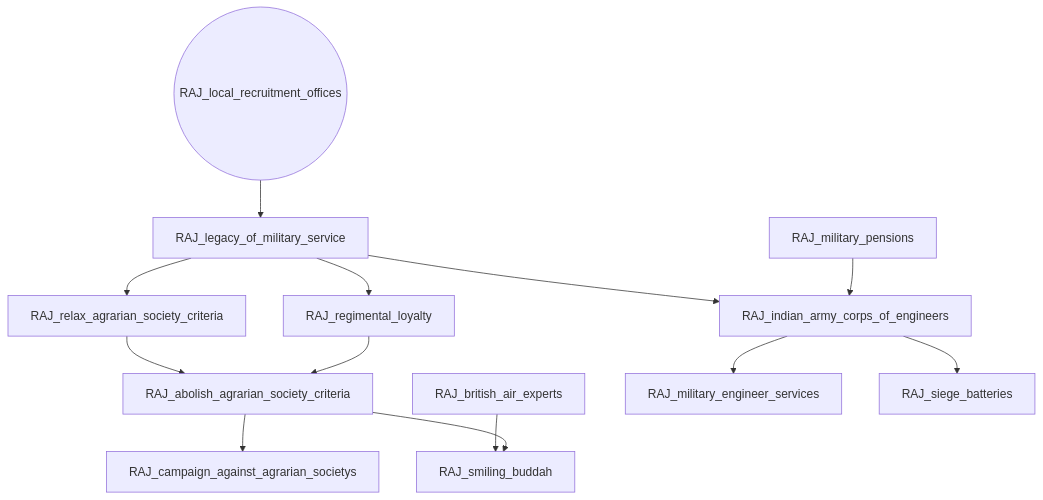
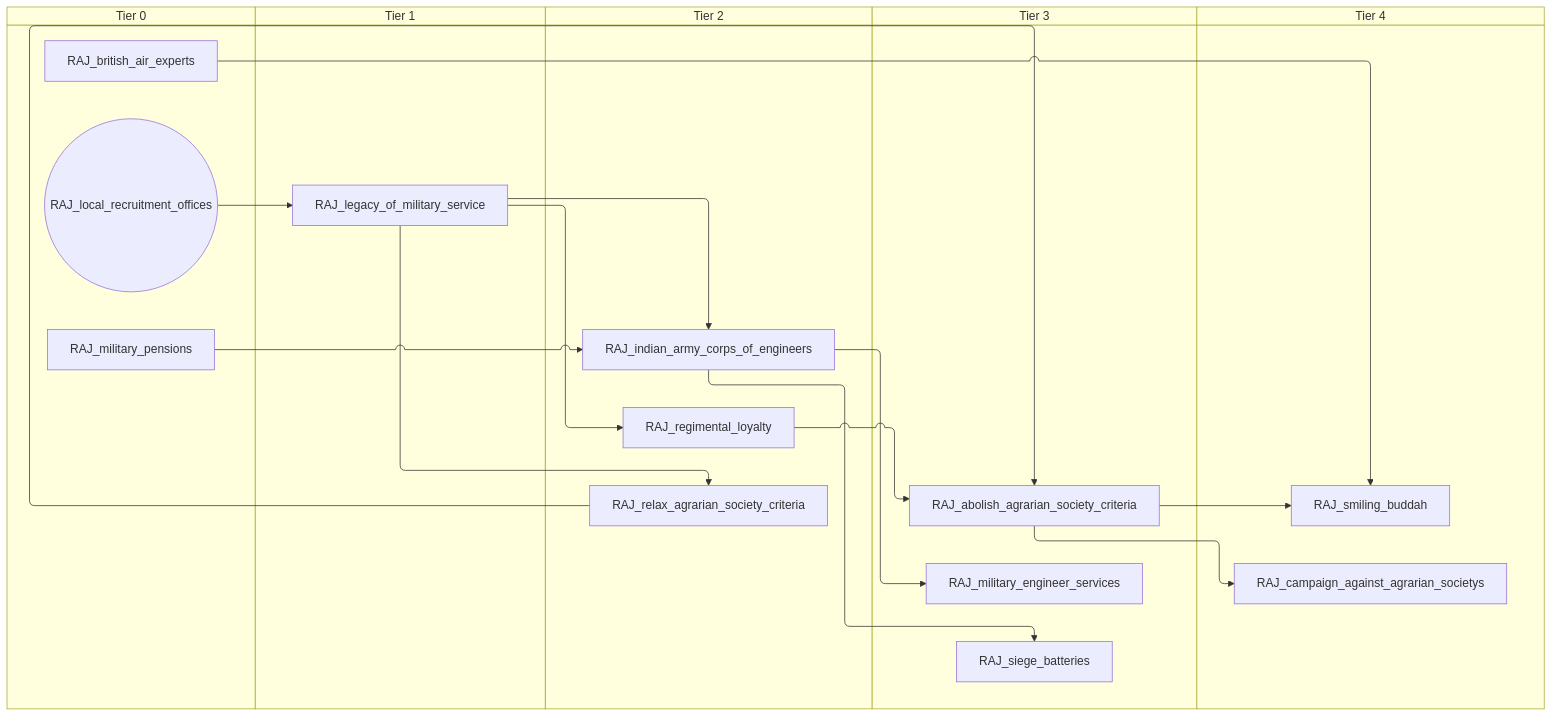
Before and after one commit to evgeny-sobol/hoi4-sandbox-mode: the ninth of 13 diagrams in docs/gdd/National Focuses/india_goe.md, drawn with Mermaid. The commit also changed other lines of this file and 80 other files, not shown here.

First line of the commit message:
Add swimlane mode to focus graph exporter

````diff
--- a/docs/gdd/National Focuses/india_goe.md
+++ b/docs/gdd/National Focuses/india_goe.md
@@ -520,27 +620,37 @@
 ```mermaid
-flowchart TD
-    n174["RAJ_abolish_agrarian_society_criteria"]
-    n175["RAJ_british_air_experts"]
-    n201["RAJ_campaign_against_agrarian_societys"]
-    n202["RAJ_indian_army_corps_of_engineers"]
-    n203["RAJ_legacy_of_military_service"]
-    n204(("RAJ_local_recruitment_offices"))
-    n205["RAJ_military_engineer_services"]
-    n206["RAJ_military_pensions"]
-    n207["RAJ_regimental_loyalty"]
-    n208["RAJ_relax_agrarian_society_criteria"]
-    n209["RAJ_siege_batteries"]
-    n181["RAJ_smiling_buddah"]
-    n208 --> n174
-    n207 --> n174
-    n174 --> n201
-    n203 --> n202
-    n206 --> n202
-    n204 --> n203
-    n202 --> n205
-    n203 --> n207
-    n203 --> n208
-    n202 --> n209
-    n175 --> n181
-    n174 --> n181
+swimlane-beta TD
+    subgraph tier_0["Tier 0"]
+        n182["RAJ_british_air_experts"]
+        n201(("RAJ_local_recruitment_offices"))
+        n202["RAJ_military_pensions"]
+    end
+    subgraph tier_1["Tier 1"]
+        n203["RAJ_legacy_of_military_service"]
+    end
+    subgraph tier_2["Tier 2"]
+        n204["RAJ_indian_army_corps_of_engineers"]
+        n205["RAJ_regimental_loyalty"]
+        n206["RAJ_relax_agrarian_society_criteria"]
+    end
+    subgraph tier_3["Tier 3"]
+        n174["RAJ_abolish_agrarian_society_criteria"]
+        n207["RAJ_military_engineer_services"]
+        n208["RAJ_siege_batteries"]
+    end
+    subgraph tier_4["Tier 4"]
+        n209["RAJ_campaign_against_agrarian_societys"]
+        n185["RAJ_smiling_buddah"]
+    end
+    n206 --> n174
+    n205 --> n174
+    n174 --> n209
+    n203 --> n204
+    n202 --> n204
+    n201 --> n203
+    n204 --> n207
+    n203 --> n205
+    n203 --> n206
+    n204 --> n208
+    n182 --> n185
+    n174 --> n185
 ```
````
